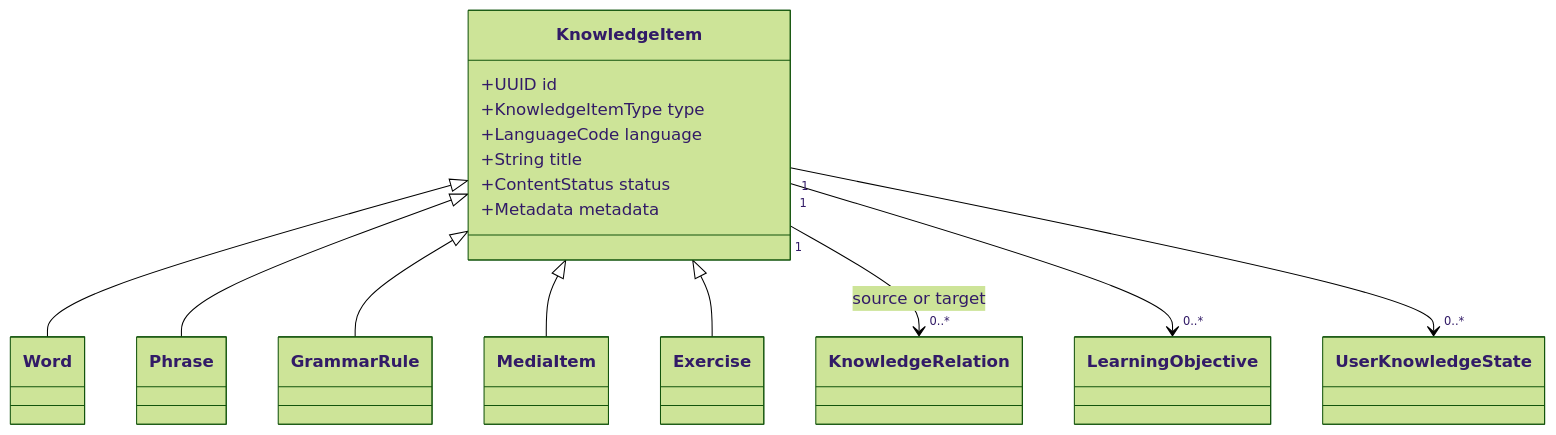
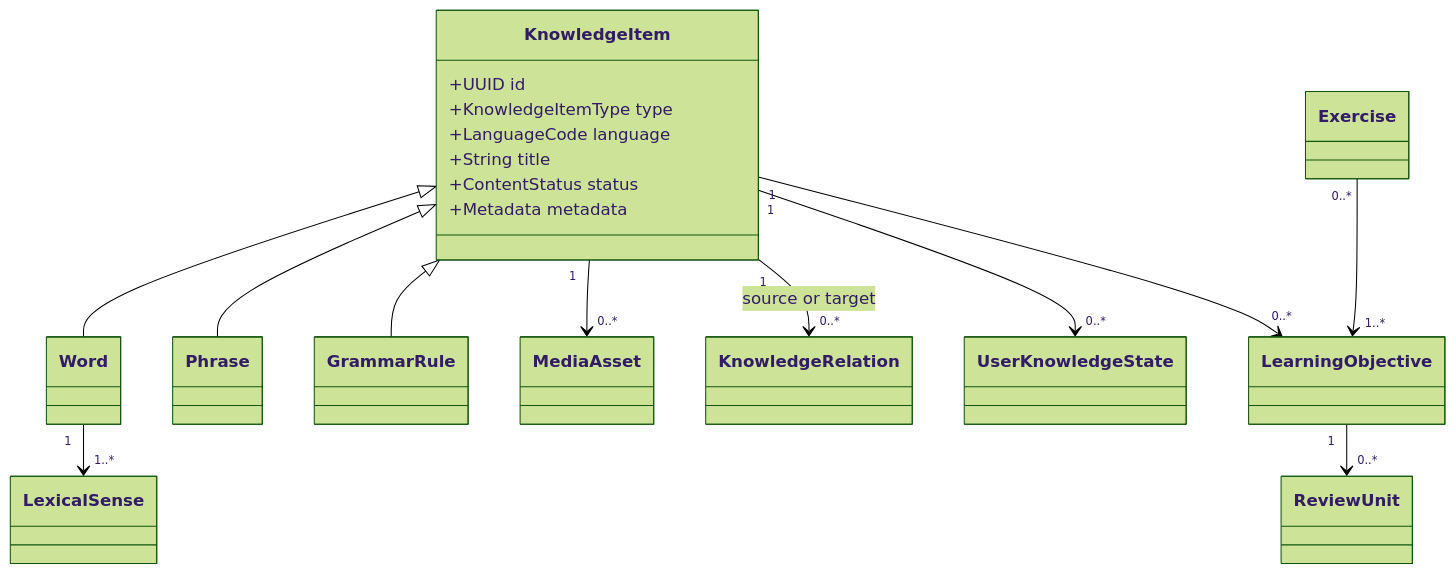
The first of 2 diagrams in docs/04_Core_Domain_Model.md (rtsysEmbedded/LinguaBrain-AI), drawn with Mermaid (forest theme) before and after one commit. The commit also changed other lines of this file and 15 other files, not shown here.

Commit message:
docs: review and align specification architecture

````diff
--- a/docs/04_Core_Domain_Model.md
+++ b/docs/04_Core_Domain_Model.md
@@ -39,28 +39,32 @@
 ```mermaid
 classDiagram
     class KnowledgeItem {
       +UUID id
       +KnowledgeItemType type
       +LanguageCode language
       +String title
       +ContentStatus status
       +Metadata metadata
     }
     class Word
     class Phrase
     class GrammarRule
-    class MediaItem
+    class LexicalSense
+    class MediaAsset
     class Exercise
     class KnowledgeRelation
     class UserKnowledgeState
     class LearningObjective
+    class ReviewUnit
 
     KnowledgeItem <|-- Word
     KnowledgeItem <|-- Phrase
     KnowledgeItem <|-- GrammarRule
-    KnowledgeItem <|-- MediaItem
-    KnowledgeItem <|-- Exercise
+    Word "1" --> "1..*" LexicalSense
+    KnowledgeItem "1" --> "0..*" MediaAsset
+    Exercise "0..*" --> "1..*" LearningObjective
     KnowledgeItem "1" --> "0..*" KnowledgeRelation : source or target
     KnowledgeItem "1" --> "0..*" LearningObjective
     KnowledgeItem "1" --> "0..*" UserKnowledgeState
+    LearningObjective "1" --> "0..*" ReviewUnit
 ```
````
